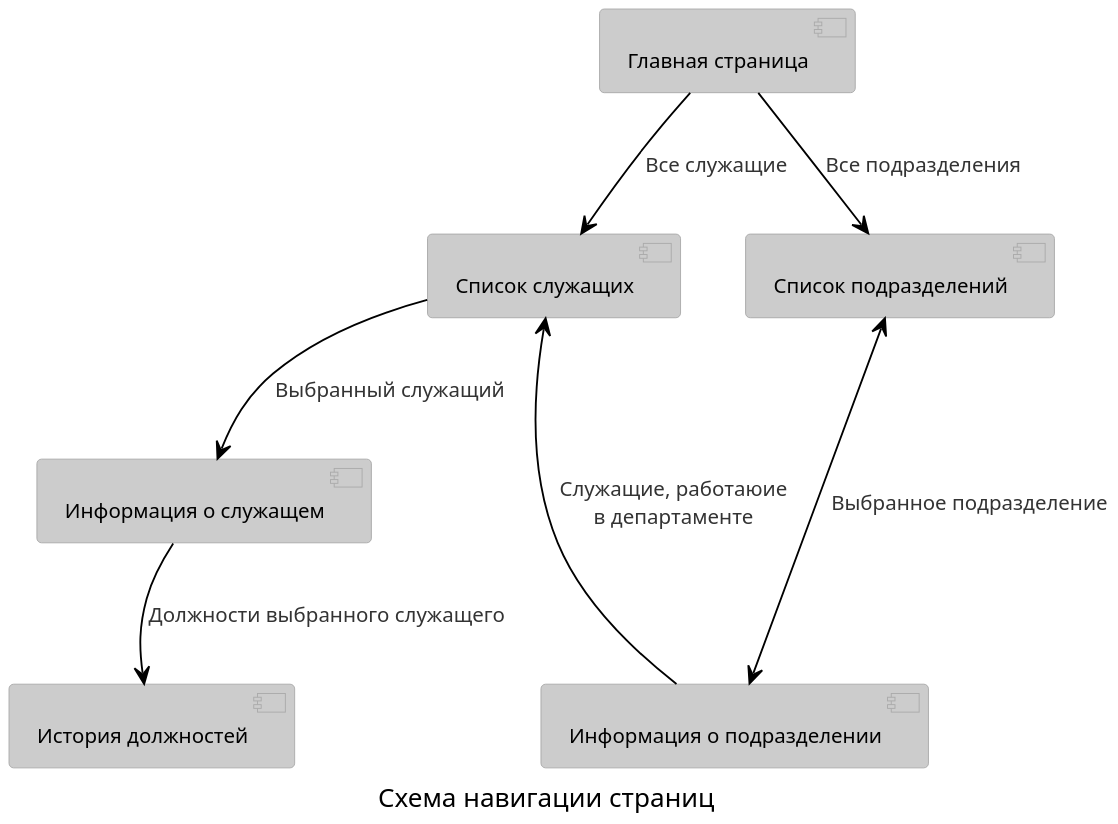
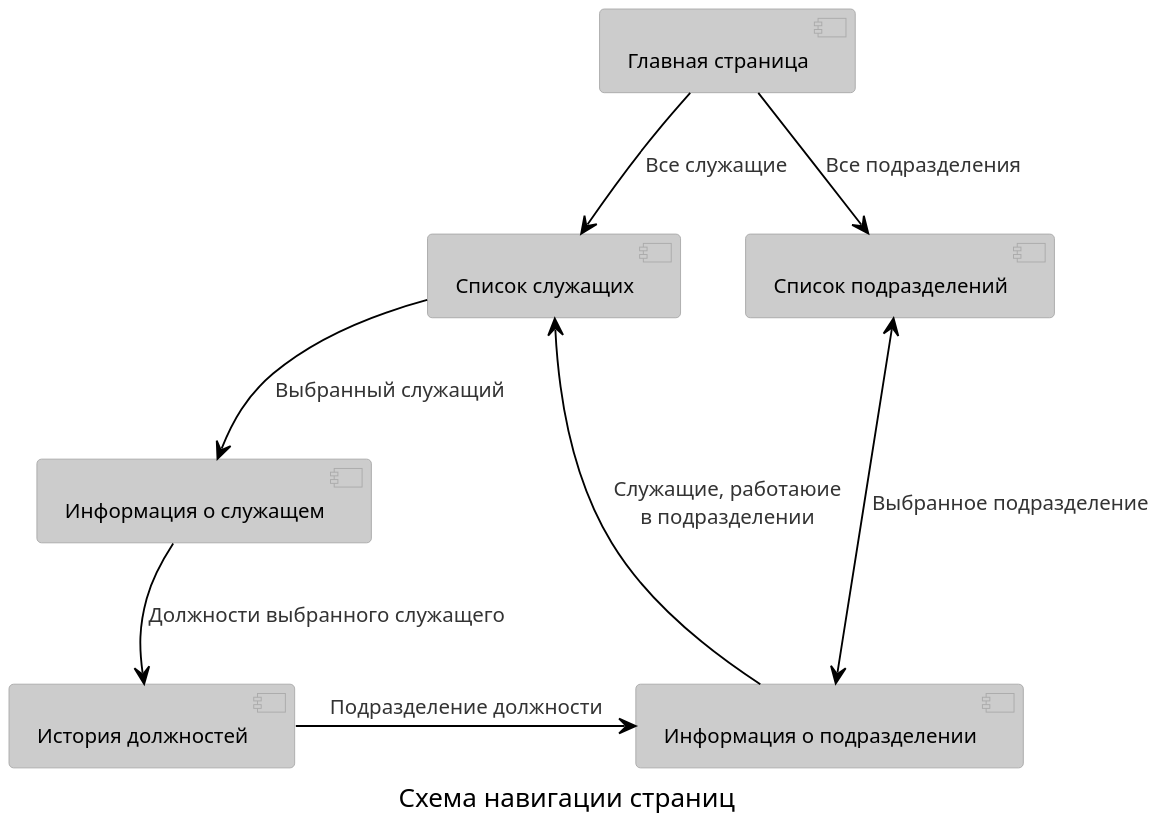
One commit to NotLebedev/cmc-msu-web-prak changed the diagram in docs/pages.puml. Above: the diagram before and after it, drawn with PlantUML. The commit also changed 4 other files, not shown here.

```diff
--- a/docs/pages.puml
+++ b/docs/pages.puml
@@ -1,25 +1,25 @@
 @startuml
 !theme reddress-lightorange
 'skinparam linetype ortho'
 caption Схема навигации страниц
 scale 2.0
 component [Главная страница] as mainPage
 component [Список служащих] as empListPage
 component [Список подразделений] as depListPage
 component [Информация о служащем] as empPage
 component [Информация о подразделении] as depPage
 component [История должностей] as rankPage
 
 mainPage -d-> empListPage : Все служащие
 mainPage -d-> depListPage : Все подразделения
 
 empListPage -d-> empPage : Выбранный служащий
 depListPage <-d-> depPage : Выбранное подразделение
 
-depPage -u--> empListPage : Служащие, работаюие\nв департаменте
+depPage -u--> empListPage : Служащие, работаюие\nв подразделении
 
 empListPage -[hidden]r-> depListPage
 
 empPage -d-> rankPage : Должности выбранного служащего
-
+rankPage -r-> depPage : Подразделение должности
 @enduml
```
